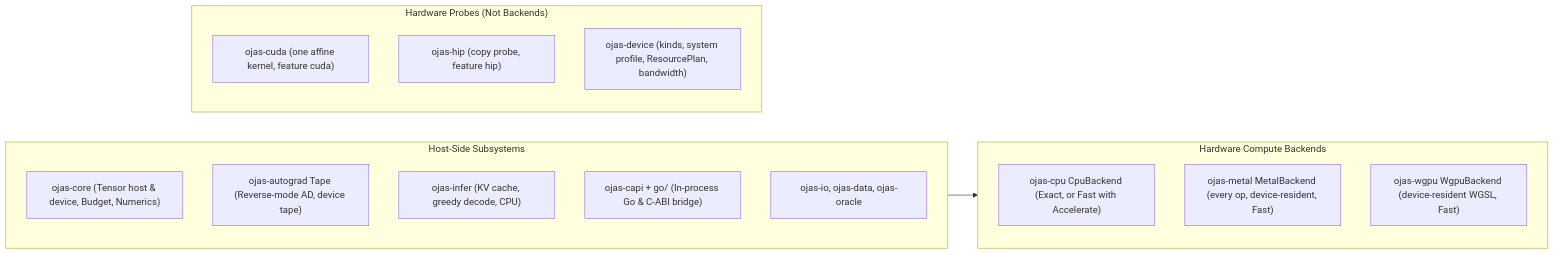
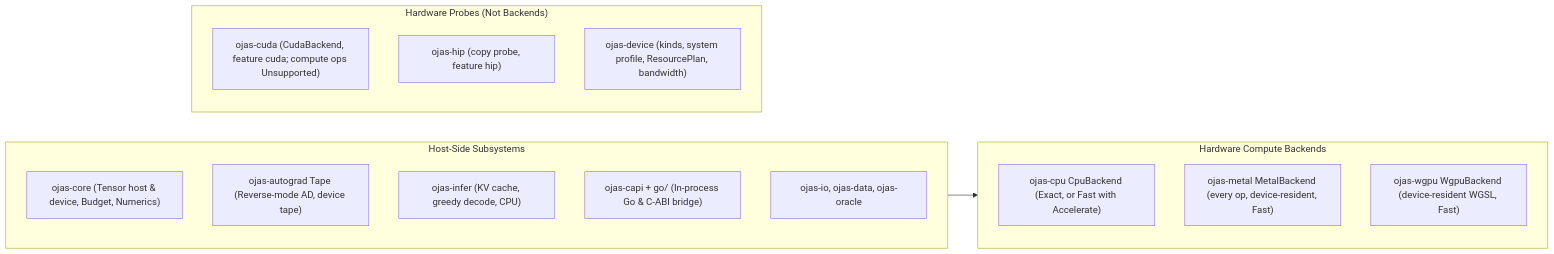
Before and after one commit to bharathvbcr/ojas: the first of 2 diagrams in docs/status.md, drawn with Mermaid. The commit also changed 43 other files, not shown here.

````diff
--- a/docs/status.md
+++ b/docs/status.md
@@ -82,27 +82,27 @@
 ```mermaid
 flowchart LR
     subgraph Backends["Hardware Compute Backends"]
         direction TB
         b1["ojas-cpu CpuBackend (Exact, or Fast with Accelerate)"]
         b2["ojas-metal MetalBackend (every op, device-resident, Fast)"]
         b3["ojas-wgpu WgpuBackend (device-resident WGSL, Fast)"]
     end
 
     subgraph Host["Host-Side Subsystems"]
         direction TB
         h1["ojas-core (Tensor host & device, Budget, Numerics)"]
         h2["ojas-autograd Tape (Reverse-mode AD, device tape)"]
         h3["ojas-infer (KV cache, greedy decode, CPU)"]
         h4["ojas-capi + go/ (In-process Go & C-ABI bridge)"]
         h5["ojas-io, ojas-data, ojas-oracle"]
     end
 
     subgraph Probes["Hardware Probes (Not Backends)"]
         direction TB
-        p1["ojas-cuda (one affine kernel, feature cuda)"]
+        p1["ojas-cuda (CudaBackend, feature cuda; compute ops Unsupported)"]
         p2["ojas-hip (copy probe, feature hip)"]
         p3["ojas-device (kinds, system profile, ResourcePlan, bandwidth)"]
     end
 
     Host --> Backends
 ```
````
